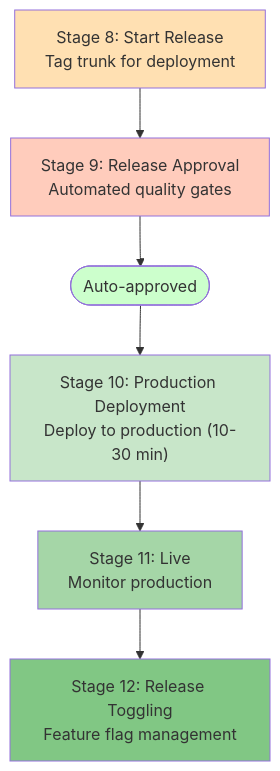
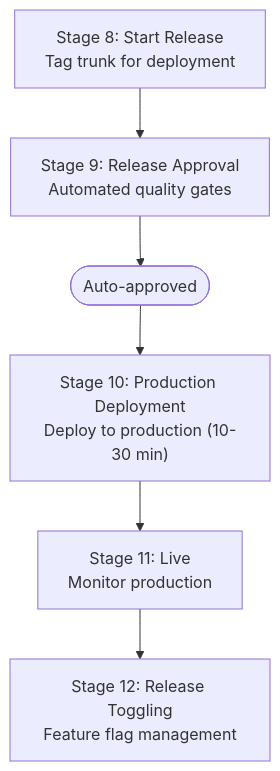
Before and after one commit to ready-to-release/eac: the seventh of 8 diagrams in docs/explanation/continuous-delivery/workflow/branching-strategies.md, drawn with Mermaid. The commit also changed other lines of this file and 28 other files, not shown here.

````diff
--- a/docs/explanation/continuous-delivery/workflow/branching-strategies.md
+++ b/docs/explanation/continuous-delivery/workflow/branching-strategies.md
@@ -337,16 +312,10 @@
 ```mermaid
 flowchart TD
     S8["Stage 8: Start Release<br/>Tag trunk for deployment"]
     S9["Stage 9: Release Approval<br/>Automated quality gates"]
     S10["Stage 10: Production Deployment<br/>Deploy to production (10-30 min)"]
     S11["Stage 11: Live<br/>Monitor production"]
     S12["Stage 12: Release Toggling<br/>Feature flag management"]
     Approved(["Auto-approved"])
     S8 --> S9 --> Approved --> S10 --> S11 --> S12
-    style S8 fill:#ffe0b2
-    style S9 fill:#ffccbc
-    style S10 fill:#c8e6c9
-    style S11 fill:#a5d6a7
-    style S12 fill:#81c784
-    style Approved fill:#ccffcc
 ```
````
